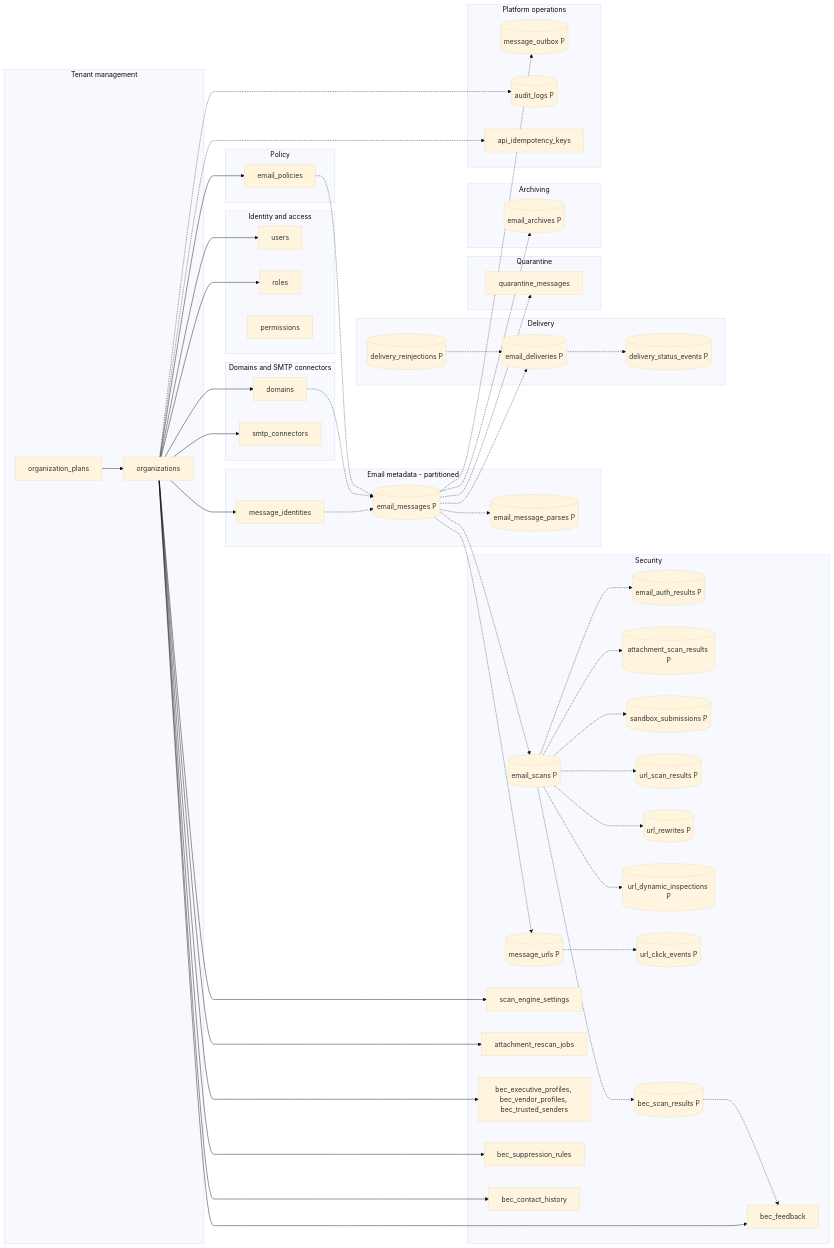
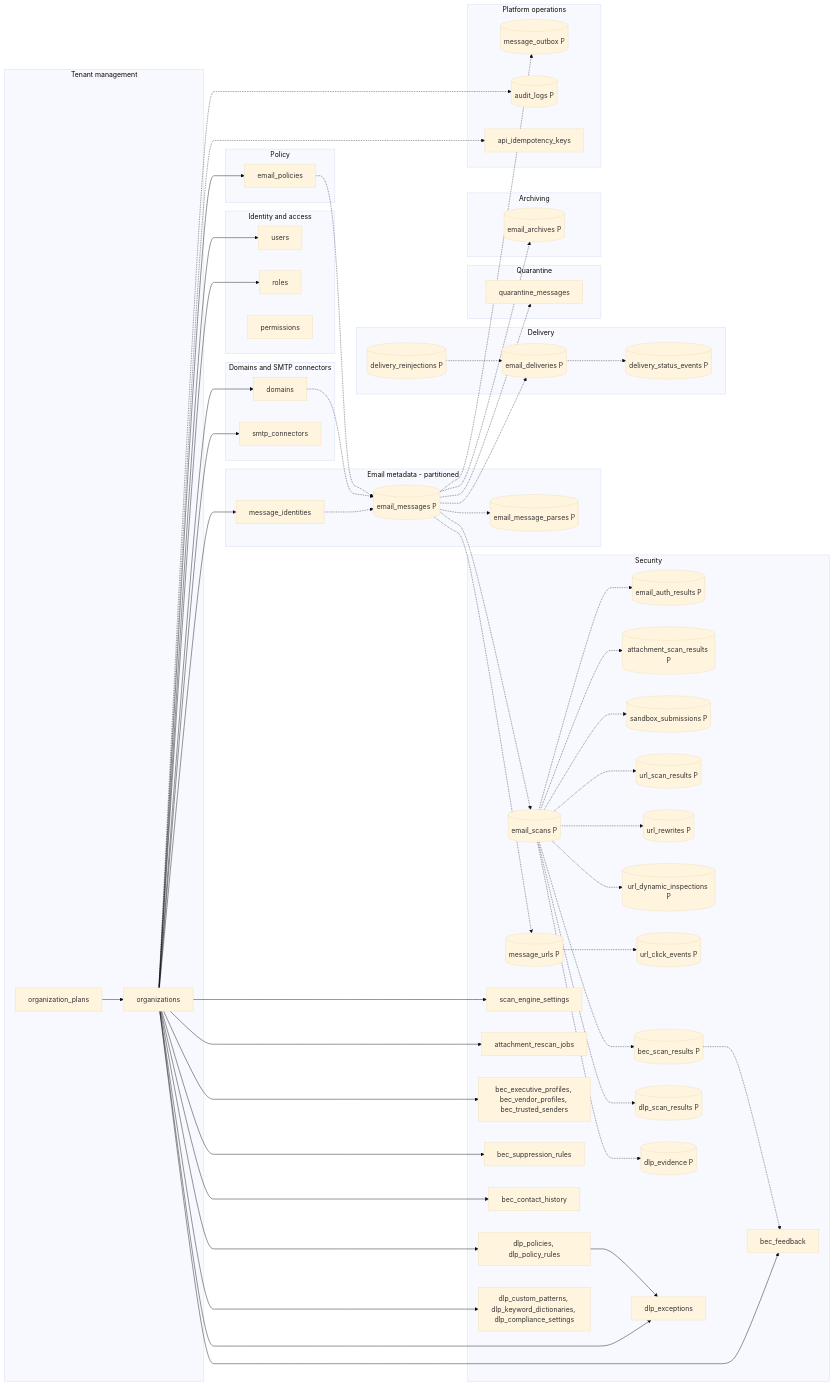
Before and after one commit to mnnitsarvesh-ai/email-gateway: the first of 11 diagrams in docs/database/er-diagram.md, drawn with Mermaid (base theme). The commit also changed other lines of this file and 258 other files, not shown here.

```diff
--- a/docs/database/er-diagram.md
+++ b/docs/database/er-diagram.md
@@ -48,6 +48,11 @@
     bec_feedback
     bec_suppression_rules
     bec_contact_history
+    dlp_scan_results[(dlp_scan_results P)]
+    dlp_evidence[(dlp_evidence P)]
+    dlp_policies[dlp_policies, dlp_policy_rules]
+    dlp_exceptions
+    dlp_config[dlp_custom_patterns, dlp_keyword_dictionaries, dlp_compliance_settings]
   end
   subgraph policy[Policy]
     email_policies
@@ -95,6 +100,12 @@
   organizations --> bec_suppression_rules
   organizations --> bec_contact_history
   bec_scan_results -.-> bec_feedback
+  email_scans -.-> dlp_scan_results
+  email_scans -.-> dlp_evidence
+  organizations --> dlp_policies
+  organizations --> dlp_exceptions
+  organizations --> dlp_config
+  dlp_policies --> dlp_exceptions
   email_messages -.-> email_deliveries
   delivery_reinjections -.-> email_deliveries
   email_deliveries -.-> delivery_status_events
```
